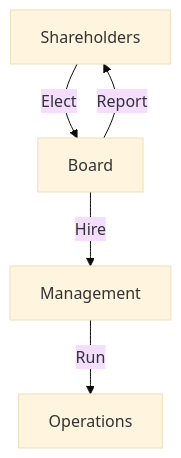
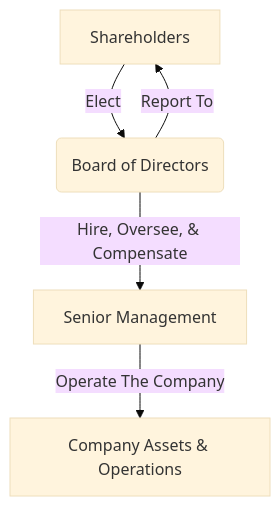
One commit to agarwalvipin/open_cfa changed the diagram in docs/LOS/Corporate Issuer/Reading 22.md. Above: the diagram before and after it, drawn with Mermaid (base theme). The commit also changed other lines of this file and 7 other files, not shown here.

````diff
--- a/docs/LOS/Corporate Issuer/Reading 22.md
+++ b/docs/LOS/Corporate Issuer/Reading 22.md
@@ -44,7 +60,7 @@
 ```mermaid
 graph TD
-    A[Shareholders] -->|Elect| B[Board];
-    B -->|Hire| C[Management];
-    C -->|Run| D[Operations];
-    B -->|Report| A;
+    A[Shareholders] -->|Elect| B(Board of Directors);
+    B -->|Hire, Oversee, & Compensate| C[Senior Management];
+    C -->|Operate The Company| D[Company Assets & Operations];
+    B -->|Report To| A;
 ```
````
